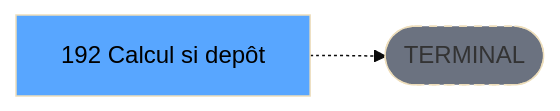
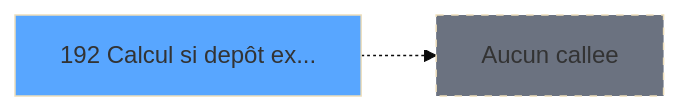
The third of 3 diagrams in .openspec/specs/ADH-IDE-192.md (thonyAGP/lecteur-magic), drawn with Mermaid (base theme) before and after one commit. The commit also changed other lines of this file and 96 other files, not shown here.

````diff
--- a/.openspec/specs/ADH-IDE-192.md
+++ b/.openspec/specs/ADH-IDE-192.md
@@ -136,8 +197,8 @@
 ```mermaid
 graph LR
-    T[192 Calcul si depôt]
-    TERM([TERMINAL])
-    T -.-> TERM
-    style TERM fill:#6b7280,stroke-dasharray: 5 5
-    style T fill:#58a6ff,color:#000
+    T192[192 Calcul si depôt ex...]
+    style T192 fill:#58a6ff
+    NONE[Aucun callee]
+    T192 -.-> NONE
+    style NONE fill:#6b7280,stroke-dasharray: 5 5
 ```
````
